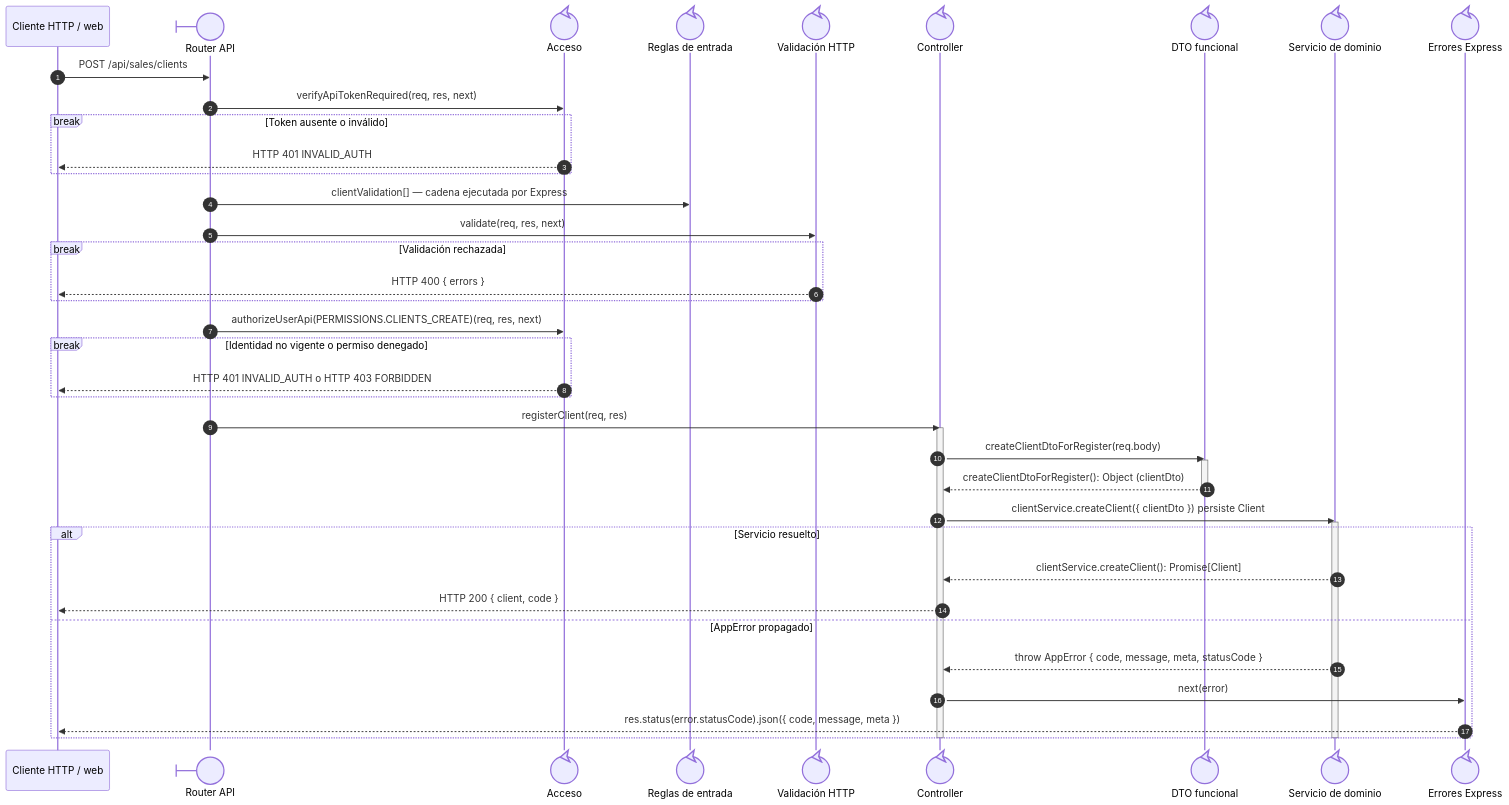
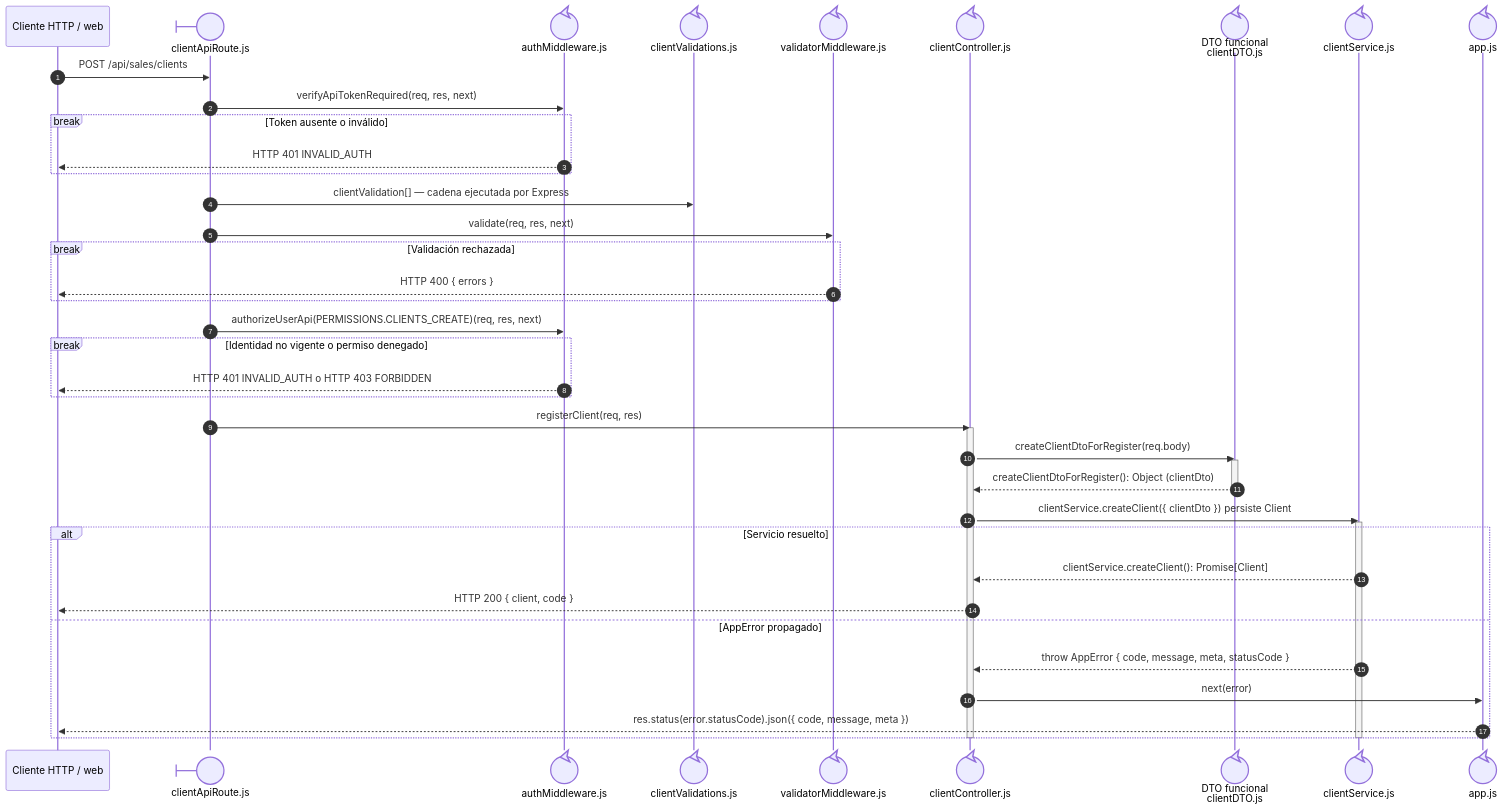
One commit to gpgsistemas01/nexus changed the diagram in docs/architecture/views/processes/backend-code-sequences/catalogs/cu-cat-06.md. Above: the diagram before and after it, drawn with Mermaid. The commit also changed other lines of this file and 192 other files, not shown here.

Commit message:
docs: make sequence file ownership explicit and align code flows

````diff
--- a/docs/architecture/views/processes/backend-code-sequences/catalogs/cu-cat-06.md
+++ b/docs/architecture/views/processes/backend-code-sequences/catalogs/cu-cat-06.md
@@ -30,46 +32,46 @@
 ```mermaid
 sequenceDiagram
     autonumber
     participant Client as Cliente HTTP / web
-    participant Route@{ "type": "boundary" } as Router API
-    participant Auth@{ "type": "control" } as Acceso
-    participant ValidationRules@{ "type": "control" } as Reglas de entrada
-    participant Validator@{ "type": "control" } as Validación HTTP
-    participant Controller@{ "type": "control" } as Controller
-    participant ClientDto@{ "type": "control" } as DTO funcional
-    participant Domain@{ "type": "control" } as Servicio de dominio
-    participant ErrorHandler@{ "type": "control" } as Errores Express
+    participant Route@{ "type": "boundary" } as clientApiRoute.js
+    participant Auth@{ "type": "control" } as authMiddleware.js
+    participant ValidationRules@{ "type": "control" } as clientValidations.js
+    participant Validator@{ "type": "control" } as validatorMiddleware.js
+    participant Controller@{ "type": "control" } as clientController.js
+    participant ClientDto@{ "type": "control" } as DTO funcional<br/>clientDTO.js
+    participant Domain@{ "type": "control" } as clientService.js
+    participant ErrorHandler@{ "type": "control" } as app.js
 
     Client->>Route: POST /api/sales/clients
     Route->>Auth: verifyApiTokenRequired(req, res, next)
     break Token ausente o inválido
         Auth-->>Client: HTTP 401 INVALID_AUTH
     end
     Route->>ValidationRules: clientValidation[] — cadena ejecutada por Express
     Route->>Validator: validate(req, res, next)
     break Validación rechazada
         Validator-->>Client: HTTP 400 { errors }
     end
     Route->>Auth: authorizeUserApi(PERMISSIONS.CLIENTS_CREATE)(req, res, next)
     break Identidad no vigente o permiso denegado
         Auth-->>Client: HTTP 401 INVALID_AUTH o HTTP 403 FORBIDDEN
     end
     Route->>Controller: registerClient(req, res)
     activate Controller
     Controller->>ClientDto: createClientDtoForRegister(req.body)
     activate ClientDto
     ClientDto-->>Controller: createClientDtoForRegister(): Object (clientDto)
     deactivate ClientDto
     Controller->>Domain: clientService.createClient({ clientDto }) persiste Client
     activate Domain
     alt Servicio resuelto
         Domain-->>Controller: clientService.createClient(): Promise[Client]
         Controller-->>Client: HTTP 200 { client, code }
     else AppError propagado
         Domain-->>Controller: throw AppError { code, message, meta, statusCode }
         Controller->>ErrorHandler: next(error)
         ErrorHandler-->>Client: res.status(error.statusCode).json({ code, message, meta })
     end
     deactivate Domain
     deactivate Controller
 ```
````
